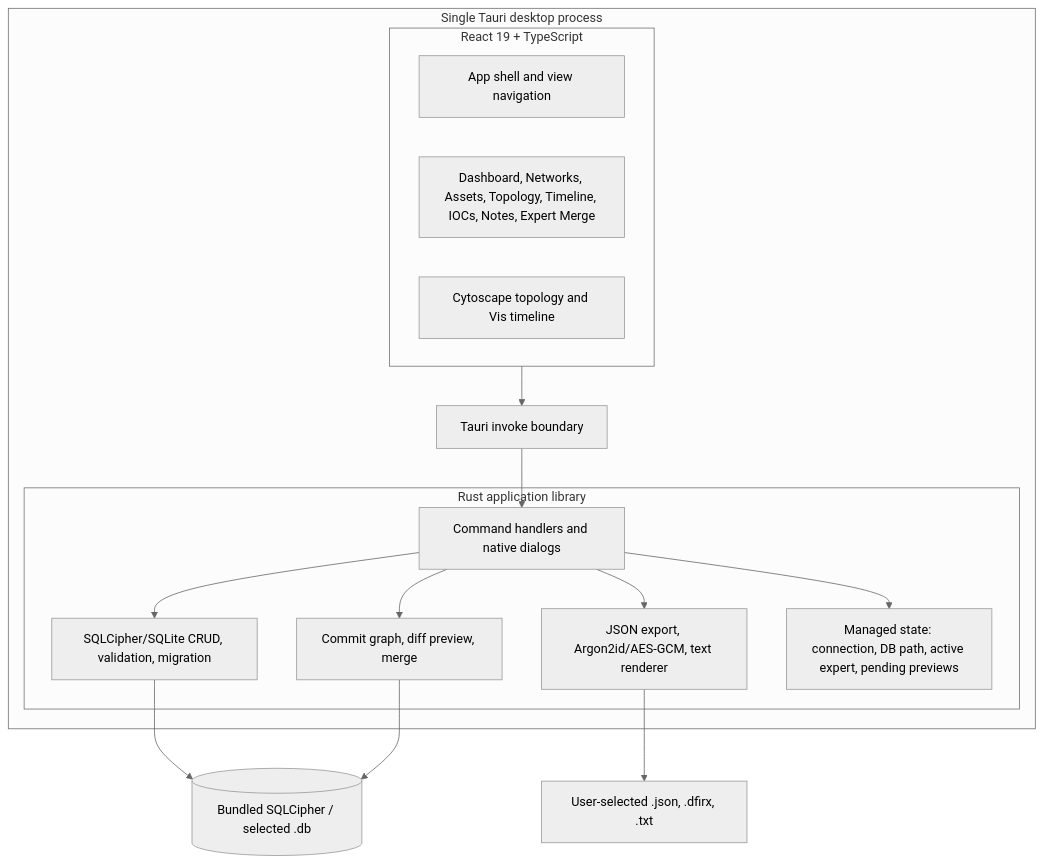
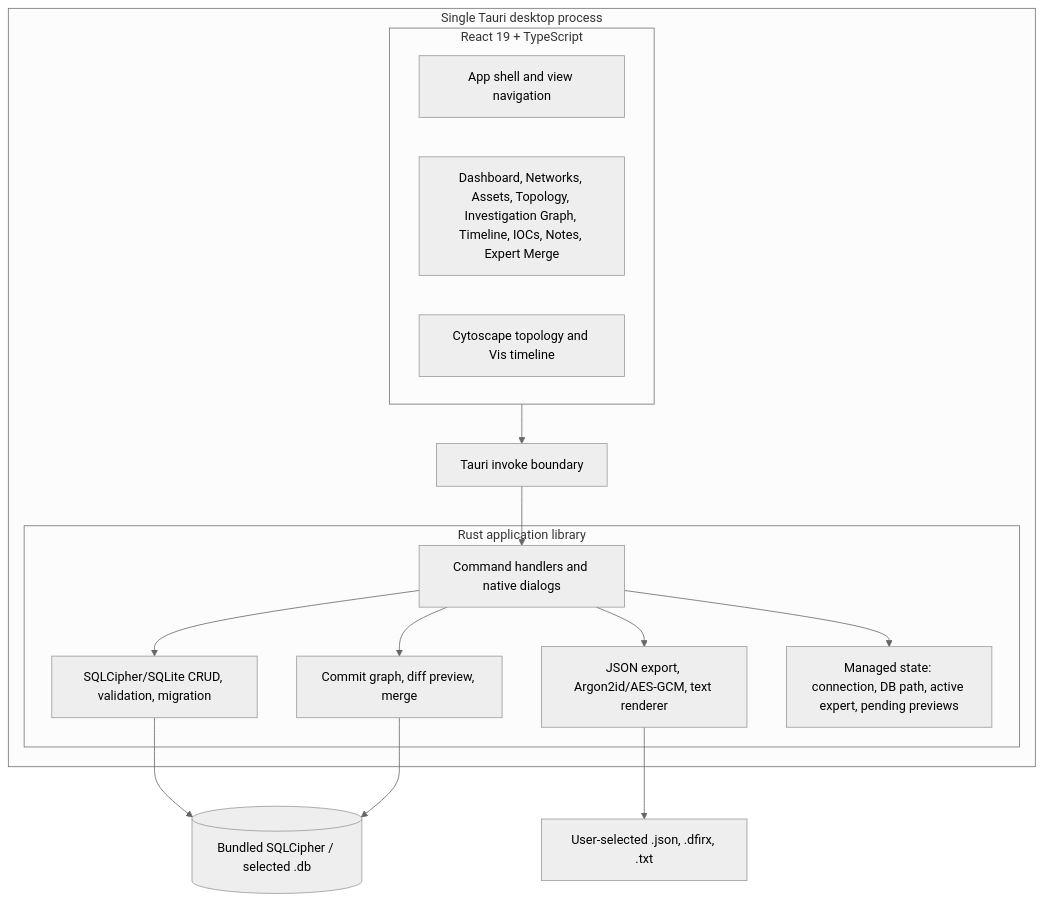
One commit to phmngcthanh/DFIR_notebook changed the second of 4 diagrams in docs/ARCHITECTURE.md. Above: the diagram before and after it, drawn with Mermaid (neutral theme). The commit also changed other lines of this file and 22 other files, not shown here.

First line of the commit message:
WIP: investigation graph (IOC sightings, attack edges, saved views)

````diff
--- a/docs/ARCHITECTURE.md
+++ b/docs/ARCHITECTURE.md
@@ -38,29 +38,29 @@
 ```mermaid
 flowchart TB
     subgraph Desktop[Single Tauri desktop process]
         subgraph Frontend[React 19 + TypeScript]
             AppShell[App shell and view navigation]
-            Screens[Dashboard, Networks, Assets, Topology, Timeline, IOCs, Notes, Expert Merge]
+            Screens[Dashboard, Networks, Assets, Topology, Investigation Graph, Timeline, IOCs, Notes, Expert Merge]
             Graphs[Cytoscape topology and Vis timeline]
         end
 
         IPC[Tauri invoke boundary]
 
         subgraph Rust[Rust application library]
             Commands[Command handlers and native dialogs]
             Domain[SQLCipher/SQLite CRUD, validation, migration]
             History[Commit graph, diff preview, merge]
             Portable[JSON export, Argon2id/AES-GCM, text renderer]
             State[Managed state: connection, DB path, active expert, pending previews]
         end
     end
 
     Frontend --> IPC --> Commands
     Commands --> Domain
     Commands --> History
     Commands --> Portable
     Commands --> State
     Domain --> SQLite[(Bundled SQLCipher / selected .db)]
     History --> SQLite
     Portable --> Files[User-selected .json, .dfirx, .txt]
 ```
````
